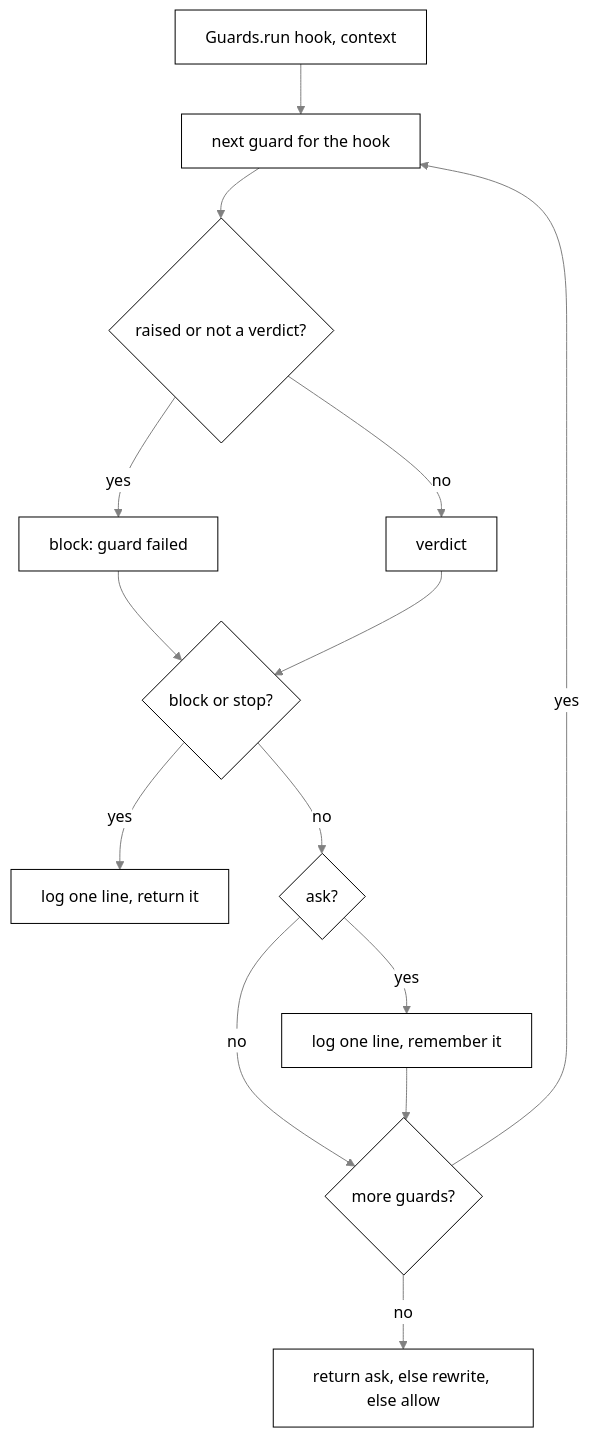
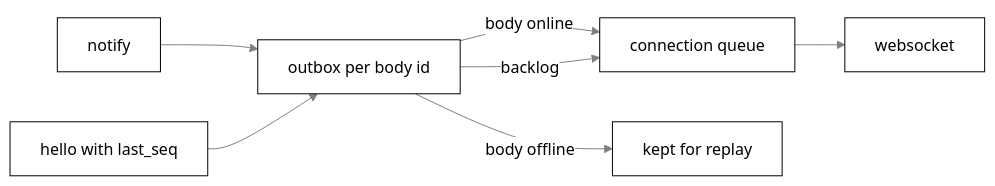
One commit to nadeem4/tagalong changed the fifth of 5 diagrams in docs/brain/README.md. Above: the diagram before and after it, drawn with Mermaid. The commit also changed other lines of this file and 5 other files, not shown here.

````diff
--- a/docs/brain/README.md
+++ b/docs/brain/README.md
@@ -1083,17 +343,10 @@
 ```mermaid
-%%{init: {"theme": "base", "themeVariables": {"primaryColor": "#ffffff", "primaryTextColor": "#000000", "primaryBorderColor": "#000000", "lineColor": "#808080", "arrowheadColor": "#808080", "secondaryColor": "#f2f2f2", "tertiaryColor": "#ffffff", "clusterBkg": "#f7f7f7", "clusterBorder": "#808080", "edgeLabelBackground": "#ffffff", "titleColor": "#808080", "actorBkg": "#ffffff", "actorBorder": "#000000", "actorTextColor": "#000000", "actorLineColor": "#808080", "signalColor": "#808080", "signalTextColor": "#808080", "sequenceNumberColor": "#ffffff", "labelBoxBkgColor": "#ffffff", "labelBoxBorderColor": "#808080", "labelTextColor": "#000000", "loopTextColor": "#808080", "noteBkgColor": "#f7f7f7", "noteBorderColor": "#808080", "noteTextColor": "#000000", "activationBkgColor": "#f7f7f7", "activationBorderColor": "#808080", "fontFamily": "Segoe UI, Helvetica, Arial, sans-serif"}}}%%
-flowchart TD
-    A[Guards.run hook, context] --> B[next guard for the hook]
-    B --> C{raised or not a verdict?}
-    C -->|yes| D[block: guard failed]
-    C -->|no| E[verdict]
-    D --> F{block or stop?}
-    E --> F
-    F -->|yes| G[log one line, return it]
-    F -->|no| J{ask?}
-    J -->|yes| K[log one line, remember it]
-    J -->|no| H
-    K --> H{more guards?}
-    H -->|yes| B
-    H -->|no| I[return ask, else rewrite, else allow]
+%%{init: {"theme": "base", "themeVariables": {"primaryColor": "#ffffff", "primaryTextColor": "#000000", "primaryBorderColor": "#000000", "lineColor": "#808080", "arrowheadColor": "#808080", "secondaryColor": "#f2f2f2", "tertiaryColor": "#ffffff", "clusterBkg": "#f7f7f7", "clusterBorder": "#808080", "edgeLabelBackground": "#ffffff", "titleColor": "#808080", "actorBkg": "#ffffff", "actorBorder": "#000000", "actorTextColor": "#000000", "actorLineColor": "#808080", "signalColor": "#808080", "signalTextColor": "#808080", "sequenceNumberColor": "#ffffff", "labelBoxBkgColor": "#ffffff", "labelBoxBorderColor": "#808080", "labelTextColor": "#000000", "loopTextColor": "#808080", "noteBkgColor": "#f7f7f7", "noteBorderColor": "#808080", "noteTextColor": "#000000", "activationBkgColor": "#f7f7f7", "activationBorderColor": "#808080", "fontFamily": "Segoe UI, Helvetica, Arial, sans-serif"}, "themeCSS": ".relationshipLabelBox{opacity:1} .relationshipLabelBox rect{opacity:1}"}}%%
+flowchart LR
+    N[notify] --> O[outbox per body id]
+    O -->|body online| W[connection queue]
+    O -->|body offline| K[kept for replay]
+    H[hello with last_seq] --> O
+    O -->|backlog| W
+    W --> S[websocket]
 ```
````
